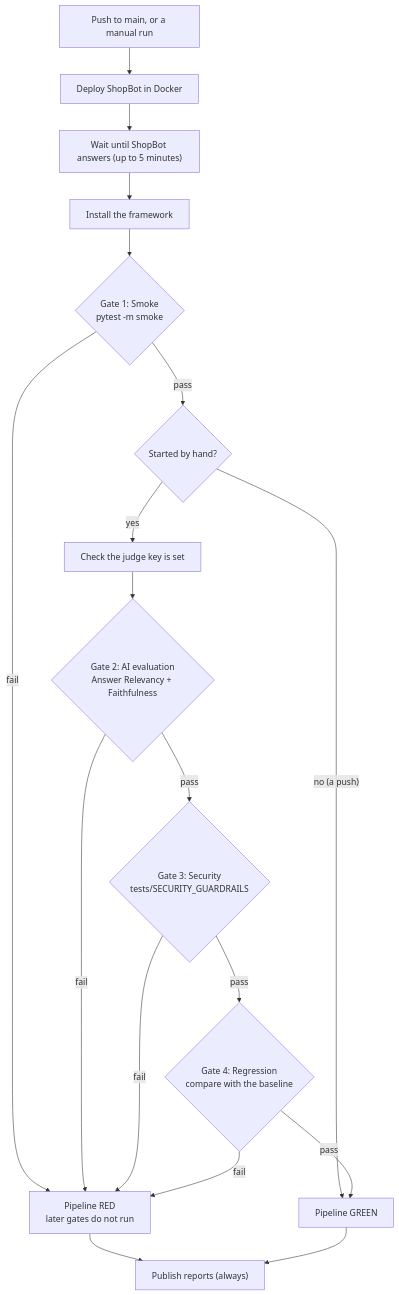
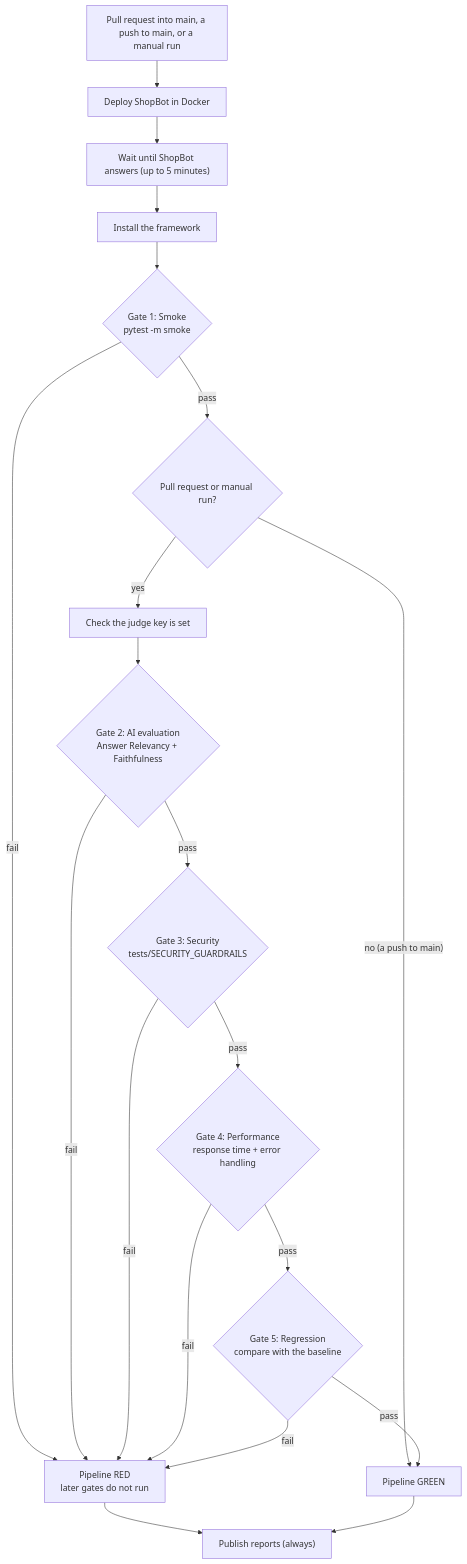
Before and after one commit to Brownwell1999/Ecomcahtbottestautomationframewprk: the ninth of 10 diagrams in docs/FRAMEWORK_GUIDE.md, drawn with Mermaid. The commit also changed other lines of this file and 3 other files, not shown here.

First line of the commit message:
Keep the simple pipeline active; add the five-gate design as a separate file

````diff
--- a/docs/FRAMEWORK_GUIDE.md
+++ b/docs/FRAMEWORK_GUIDE.md
@@ -777,20 +808,22 @@
 ```mermaid
 flowchart TD
-    A["Push to main, or a manual run"] --> B["Deploy ShopBot in Docker"]
+    A["Pull request into main, a push to main, or a manual run"] --> B["Deploy ShopBot in Docker"]
     B --> C["Wait until ShopBot answers (up to 5 minutes)"]
     C --> D["Install the framework"]
     D --> G1{"Gate 1: Smoke<br/>pytest -m smoke"}
     G1 -- "fail" --> R["Pipeline RED<br/>later gates do not run"]
-    G1 -- "pass" --> M{"Started by hand?"}
-    M -- "no (a push)" --> OK["Pipeline GREEN"]
+    G1 -- "pass" --> M{"Pull request or manual run?"}
+    M -- "no (a push to main)" --> OK["Pipeline GREEN"]
     M -- "yes" --> K["Check the judge key is set"]
     K --> G2{"Gate 2: AI evaluation<br/>Answer Relevancy + Faithfulness"}
     G2 -- "fail" --> R
     G2 -- "pass" --> G3{"Gate 3: Security<br/>tests/SECURITY_GUARDRAILS"}
     G3 -- "fail" --> R
-    G3 -- "pass" --> G4{"Gate 4: Regression<br/>compare with the baseline"}
+    G3 -- "pass" --> G4{"Gate 4: Performance<br/>response time + error handling"}
     G4 -- "fail" --> R
-    G4 -- "pass" --> OK
+    G4 -- "pass" --> G5{"Gate 5: Regression<br/>compare with the baseline"}
+    G5 -- "fail" --> R
+    G5 -- "pass" --> OK
     R --> P["Publish reports (always)"]
     OK --> P
 ```
````
